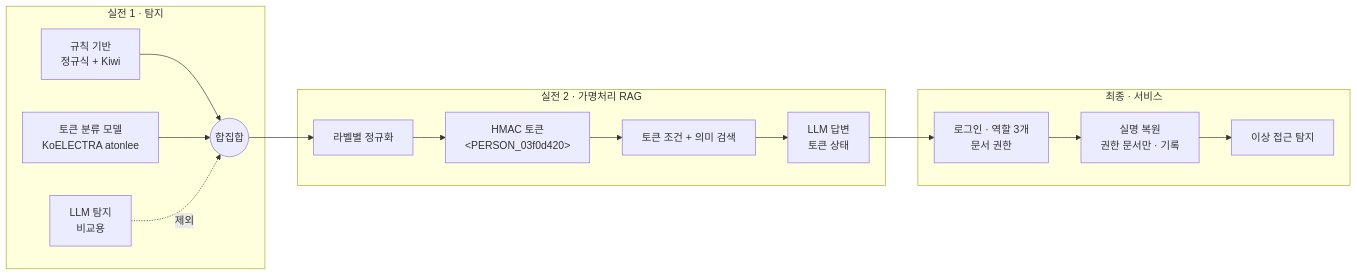
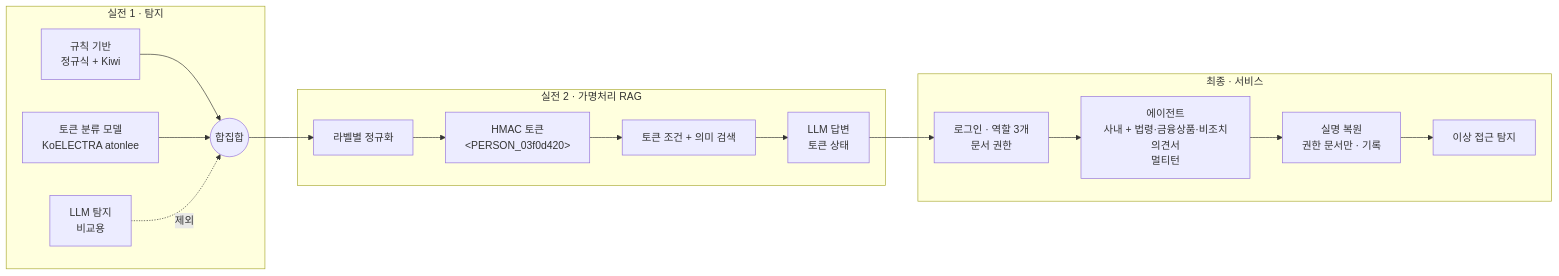
Before and after one commit to BBuSang/likelion-AI-4team: the first of 2 diagrams in README.md, drawn with Mermaid. The commit also changed other lines of this file and 1 other file, not shown here.

````diff
--- a/README.md
+++ b/README.md
@@ -41,19 +41,20 @@
 ```mermaid
 flowchart LR
     subgraph P1["실전 1 · 탐지"]
         A1[규칙 기반<br/>정규식 + Kiwi] --> U((합집합))
         A2[토큰 분류 모델<br/>KoELECTRA atonlee] --> U
         A3[LLM 탐지<br/>비교용] -.제외.-> U
     end
     subgraph P2["실전 2 · 가명처리 RAG"]
         U --> N[라벨별 정규화]
         N --> H["HMAC 토큰<br/>&lt;PERSON_03f0d420&gt;"]
         H --> S[토큰 조건 + 의미 검색]
         S --> L[LLM 답변<br/>토큰 상태]
     end
     subgraph P3["최종 · 서비스"]
         L --> R[로그인 · 역할 3개<br/>문서 권한]
-        R --> V[실명 복원<br/>권한 문서만 · 기록]
+        R --> AG[에이전트<br/>사내 + 법령·금융상품·비조치의견서<br/>멀티턴]
+        AG --> V[실명 복원<br/>권한 문서만 · 기록]
         V --> X[이상 접근 탐지]
     end
 ```
````
